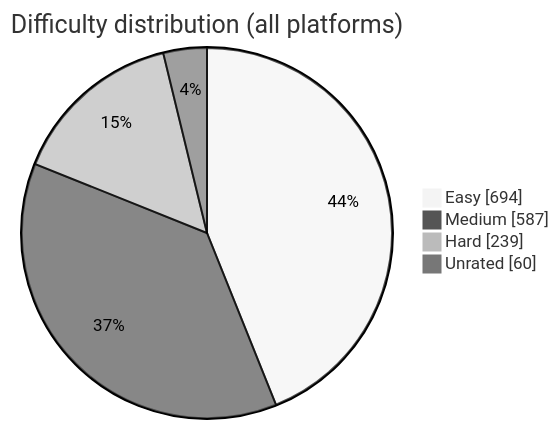
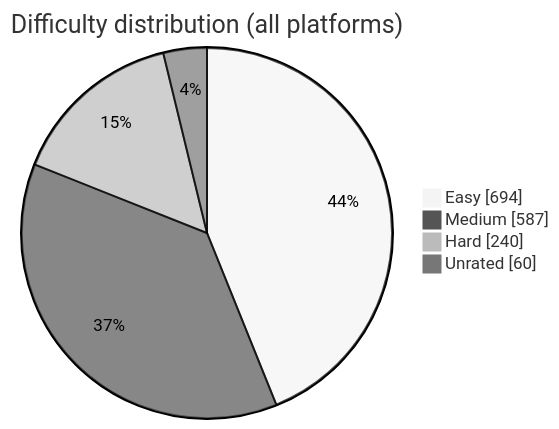
One commit to BuildbyArindam/Daily-Coding-Log changed the diagram in README.md. Above: the diagram before and after it, drawn with Mermaid (neutral theme). The commit also changed other lines of this file, not shown here.

````diff
--- a/README.md
+++ b/README.md
@@ -93,7 +93,7 @@
 ```mermaid
 pie showData title Difficulty distribution (all platforms)
     "Easy" : 694
     "Medium" : 587
-    "Hard" : 239
+    "Hard" : 240
     "Unrated" : 60
 ```
````
